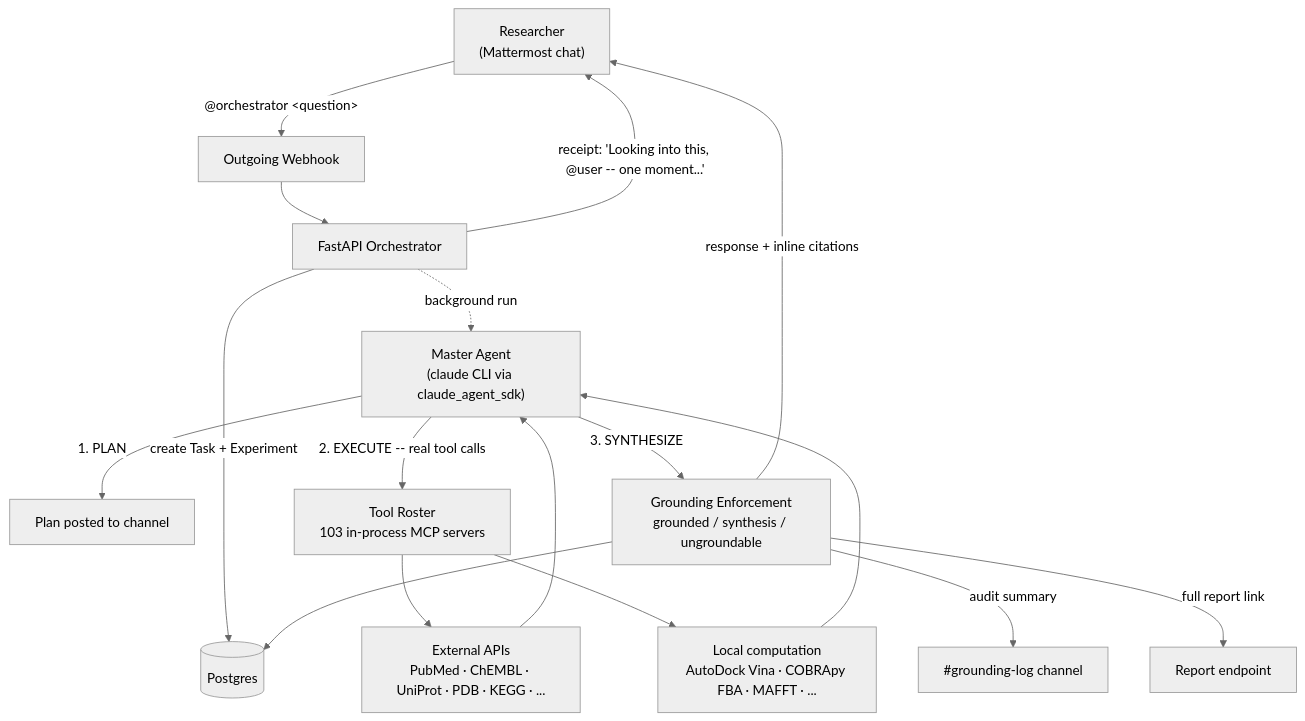
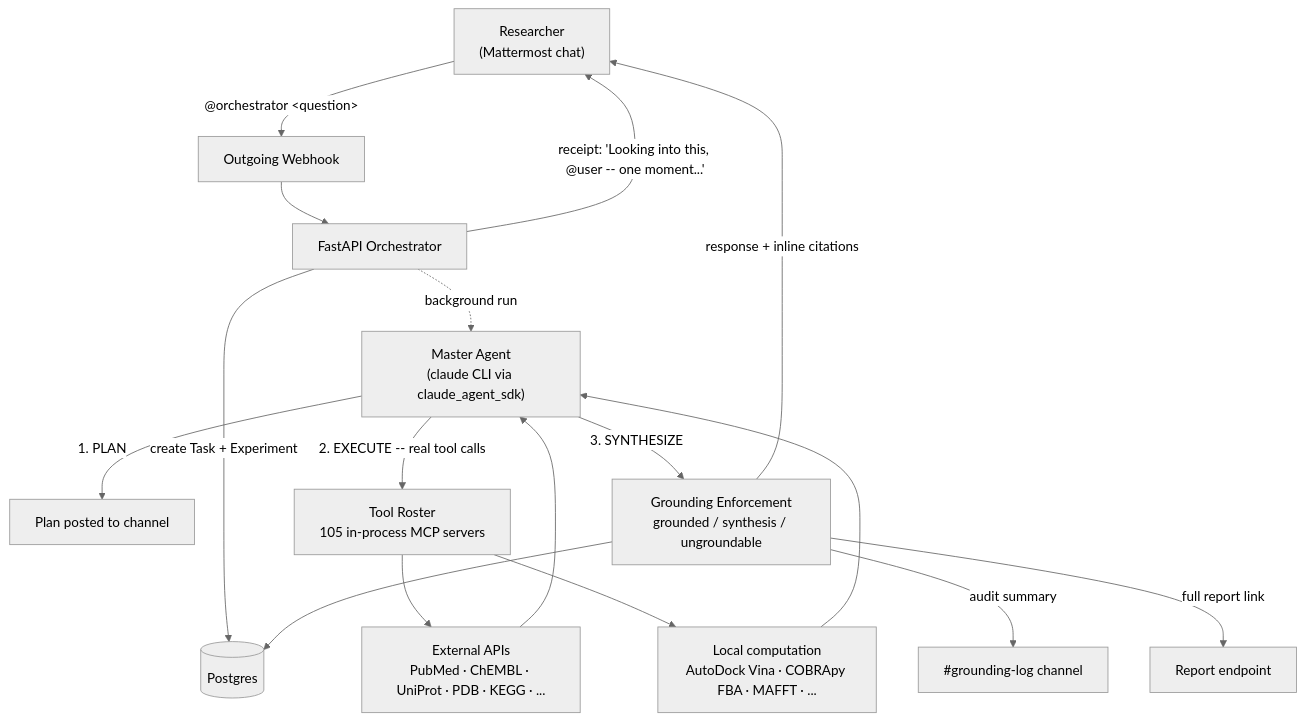
The diagram in README.md (RohanV01/AI-BioScientist), drawn with Mermaid (neutral theme) before and after one commit. The commit also changed other lines of this file and 11 other files, not shown here.

````diff
--- a/README.md
+++ b/README.md
@@ -15,22 +15,22 @@
 ```mermaid
 flowchart TB
     U["Researcher<br/>(Mattermost chat)"] -->|"@orchestrator &lt;question&gt;"| W["Outgoing Webhook"]
     W --> O["FastAPI Orchestrator"]
     O -->|"create Task + Experiment"| DB[("Postgres")]
     O -->|"receipt: 'Looking into this, @user -- one moment...'"| U
 
     O -.->|"background run"| A["Master Agent<br/>(claude CLI via claude_agent_sdk)"]
     A -->|"1. PLAN"| PL["Plan posted to channel"]
-    A -->|"2. EXECUTE -- real tool calls"| T["Tool Roster<br/>103 in-process MCP servers"]
+    A -->|"2. EXECUTE -- real tool calls"| T["Tool Roster<br/>105 in-process MCP servers"]
 
     T --> EXT["External APIs<br/>PubMed · ChEMBL · UniProt · PDB · KEGG · ..."]
     T --> LOC["Local computation<br/>AutoDock Vina · COBRApy FBA · MAFFT · ..."]
     EXT --> A
     LOC --> A
 
     A -->|"3. SYNTHESIZE"| G["Grounding Enforcement<br/>grounded / synthesis / ungroundable"]
     G --> DB
     G -->|"response + inline citations"| U
     G -->|"audit summary"| GL["#grounding-log channel"]
     G -->|"full report link"| R["Report endpoint"]
 ```
````
